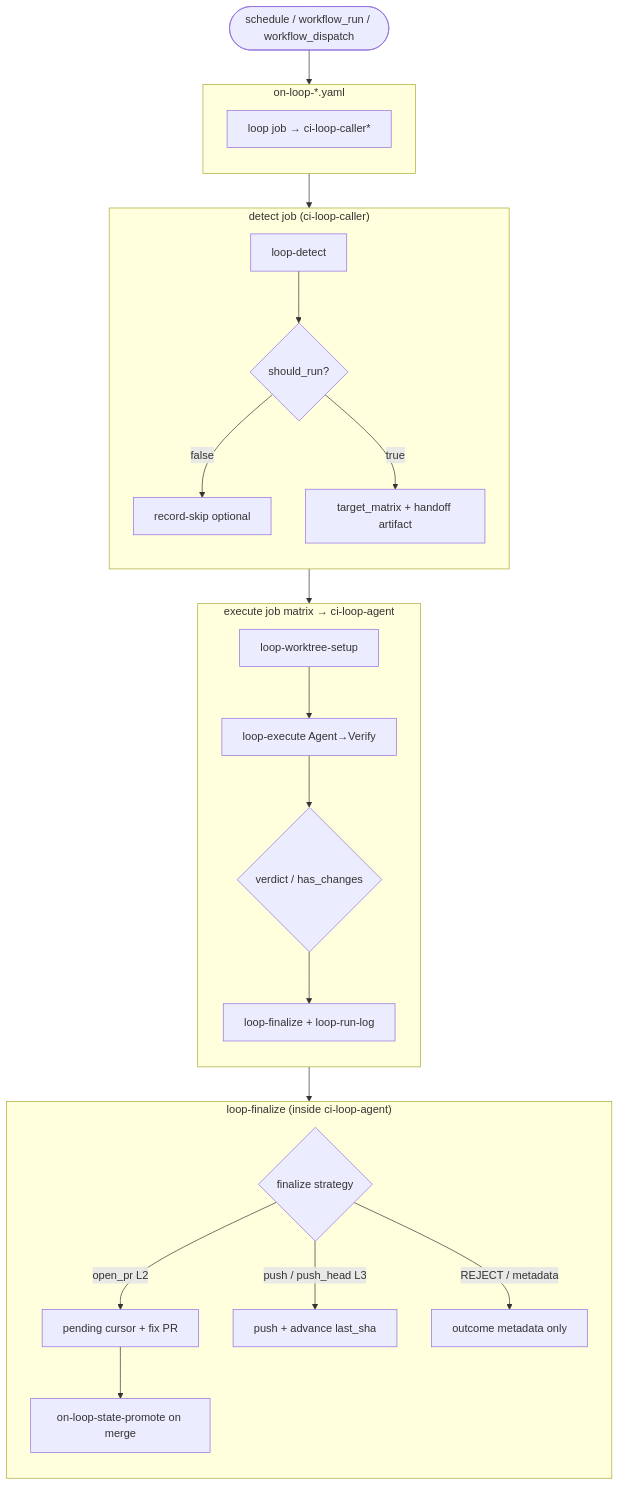
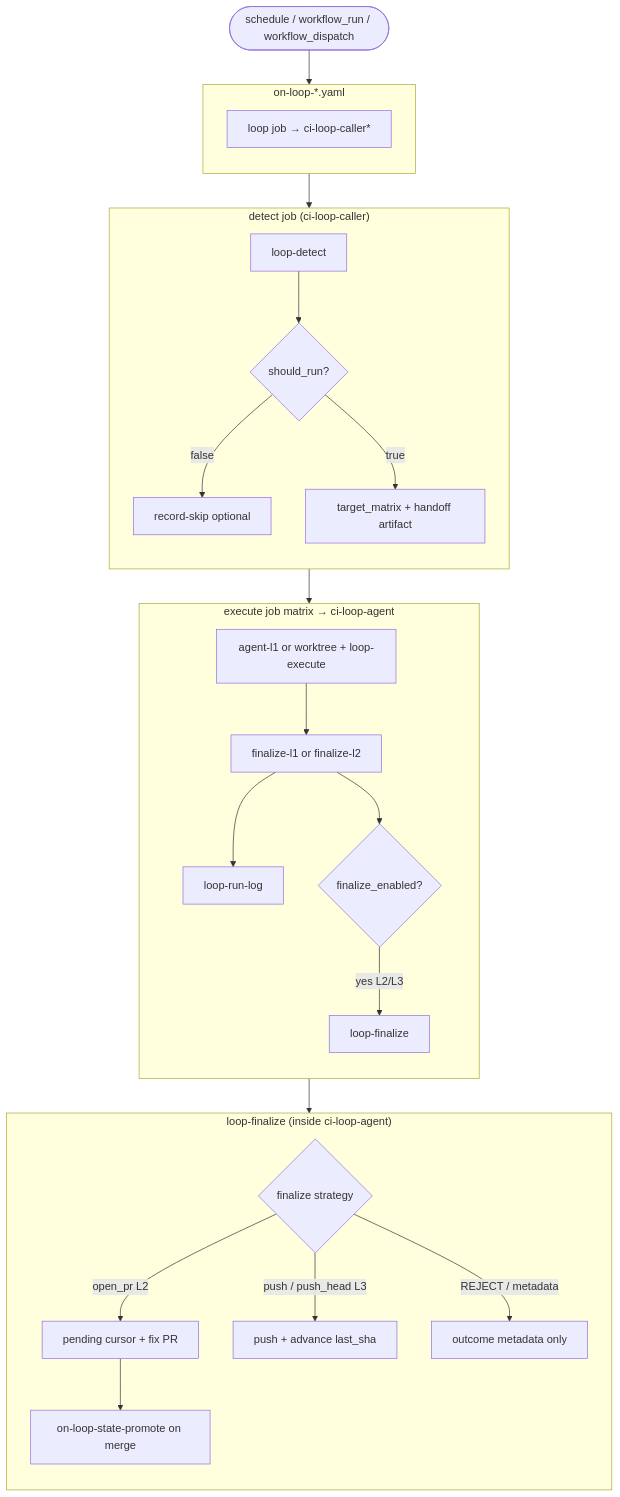
One commit to y-miyazaki/config changed the first of 3 diagrams in docs/explanation/loop-engineering/loop-engineering-design.md. Above: the diagram before and after it, drawn with Mermaid. The commit also changed other lines of this file and 18 other files, not shown here.

````diff
--- a/docs/explanation/loop-engineering/loop-engineering-design.md
+++ b/docs/explanation/loop-engineering/loop-engineering-design.md
@@ -235,35 +235,37 @@
 ```mermaid
 flowchart TD
     trigger([schedule / workflow_run / workflow_dispatch]) --> caller
 
     subgraph caller["on-loop-*.yaml"]
         direction TB
         C1[loop job → ci-loop-caller*]
     end
 
     C1 --> detect
 
     subgraph detect["detect job (ci-loop-caller)"]
         direction TB
         D1[loop-detect] --> D2{should_run?}
         D2 -->|false| D_SKIP[record-skip optional]
         D2 -->|true| D3[target_matrix + handoff artifact]
     end
 
     D3 --> execute
     subgraph execute["execute job matrix → ci-loop-agent"]
         direction TB
-        A1[loop-worktree-setup] --> A2[loop-execute Agent→Verify]
-        A2 --> A3{verdict / has_changes}
-        A3 --> F1[loop-finalize + loop-run-log]
+        A1[agent-l1 or worktree + loop-execute]
+        A1 --> F1[finalize-l1 or finalize-l2]
+        F1 --> F_LOG[loop-run-log]
+        F1 --> F_LAND{finalize_enabled?}
+        F_LAND -->|yes L2/L3| F_FIN[loop-finalize]
     end
 
     subgraph finalize_inside["loop-finalize (inside ci-loop-agent)"]
         direction TB
         F1 --> F_STRAT{finalize strategy}
         F_STRAT -->|open_pr L2| F_PENDING[pending cursor + fix PR]
         F_STRAT -->|push / push_head L3| F_PUSH[push + advance last_sha]
         F_STRAT -->|REJECT / metadata| F_META[outcome metadata only]
         F_PENDING --> F_PROMOTE[on-loop-state-promote on merge]
     end
 ```
````
